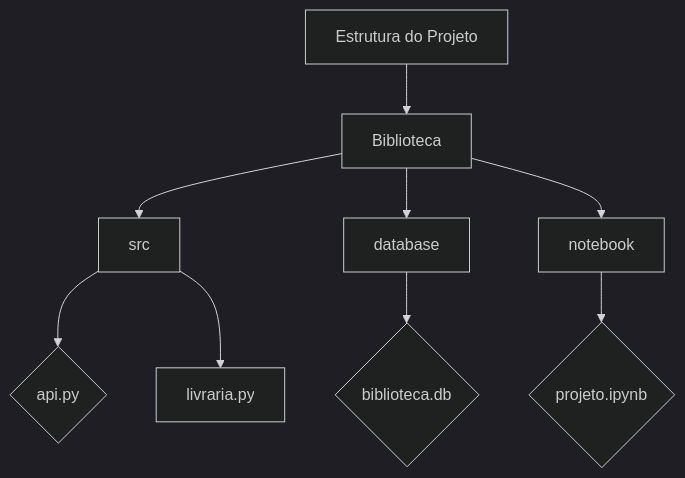
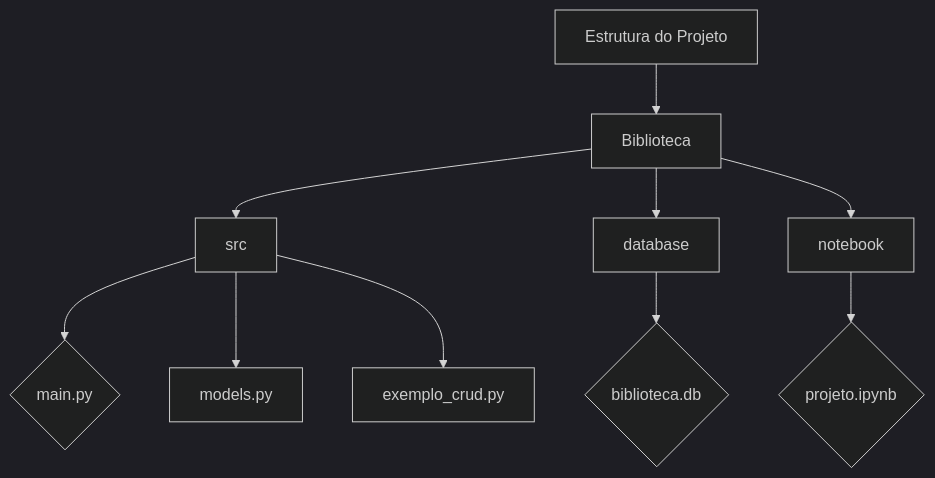
One commit to Jcnok/bootcamp-jornada-de-dados_2024 changed the diagram in aula_16/projeto.md. Above: the diagram before and after it, drawn with Mermaid (dark theme). The commit also changed other lines of this file, not shown here.

Commit message:
update: atualização do readme do projeto

````diff
--- a/aula_16/projeto.md
+++ b/aula_16/projeto.md
@@ -53,11 +53,12 @@
 ```mermaid
 graph TD;
     A[Estrutura do Projeto] --> B[Biblioteca]
     B[Biblioteca] --> C[src]
     B[Biblioteca] --> D[database]
     B[Biblioteca] --> E[notebook]
-    C[src] --> F{api.py}
-    C[src] --> G[livraria.py]
-    D[database] --> H{biblioteca.db}
-    E[notebook] --> I{projeto.ipynb}
+    C[src] --> F{main.py}
+    C[src] --> G[models.py]
+    C[src] --> H[exemplo_crud.py]
+    D[database] --> I{biblioteca.db}
+    E[notebook] --> J{projeto.ipynb}
 ```
````
